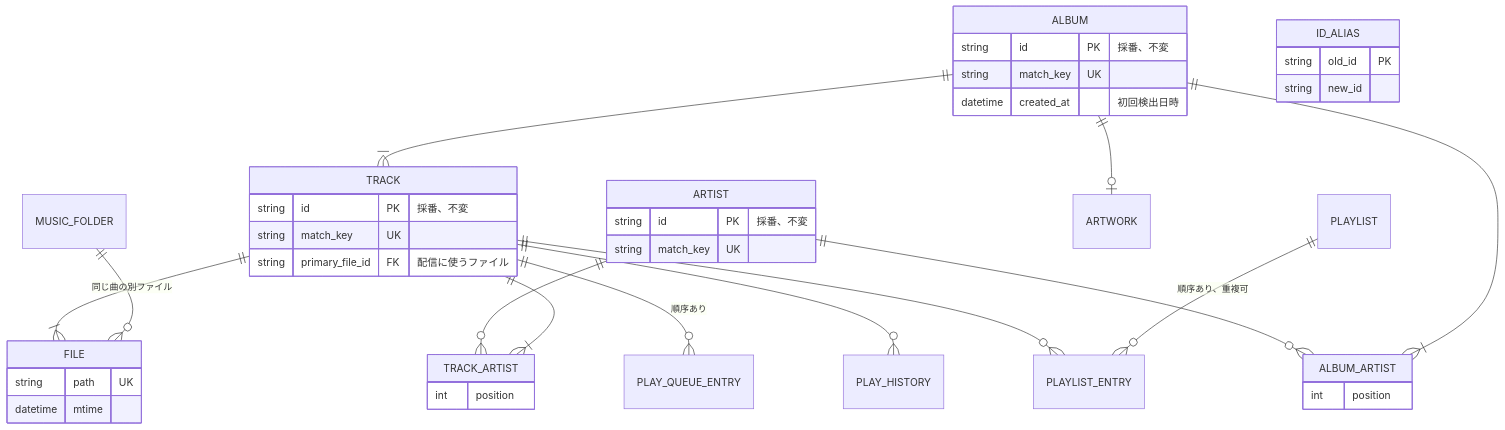
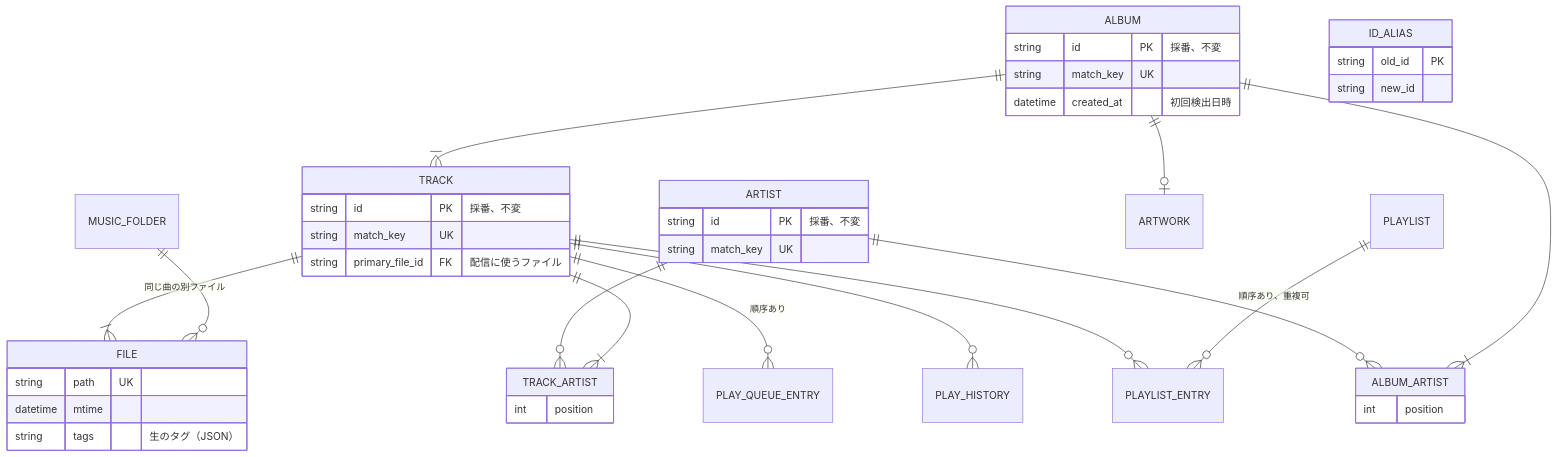
Before and after one commit to inaba-garnet/Suisei: the diagram in docs/schema.md, drawn with Mermaid. The commit also changed other lines of this file and 1 other file, not shown here.

````diff
--- a/docs/schema.md
+++ b/docs/schema.md
@@ -5,44 +5,45 @@
 ```mermaid
 erDiagram
     MUSIC_FOLDER ||--o{ FILE : ""
     TRACK ||--|{ FILE : "同じ曲の別ファイル"
     ALBUM ||--|{ TRACK : ""
     TRACK ||--|{ TRACK_ARTIST : ""
     ARTIST ||--o{ TRACK_ARTIST : ""
     ALBUM ||--|{ ALBUM_ARTIST : ""
     ARTIST ||--o{ ALBUM_ARTIST : ""
     ALBUM ||--o| ARTWORK : ""
     PLAYLIST ||--o{ PLAYLIST_ENTRY : "順序あり、重複可"
     TRACK ||--o{ PLAYLIST_ENTRY : ""
     TRACK ||--o{ PLAY_QUEUE_ENTRY : "順序あり"
     TRACK ||--o{ PLAY_HISTORY : ""
 
     TRACK {
         string id PK "採番、不変"
         string match_key UK
         string primary_file_id FK "配信に使うファイル"
     }
     ALBUM {
         string id PK "採番、不変"
         string match_key UK
         datetime created_at "初回検出日時"
     }
     ARTIST {
         string id PK "採番、不変"
         string match_key UK
     }
     FILE {
         string path UK
         datetime mtime
+        string tags "生のタグ（JSON）"
     }
     TRACK_ARTIST {
         int position
     }
     ALBUM_ARTIST {
         int position
     }
     ID_ALIAS {
         string old_id PK
         string new_id
     }
 ```
````
